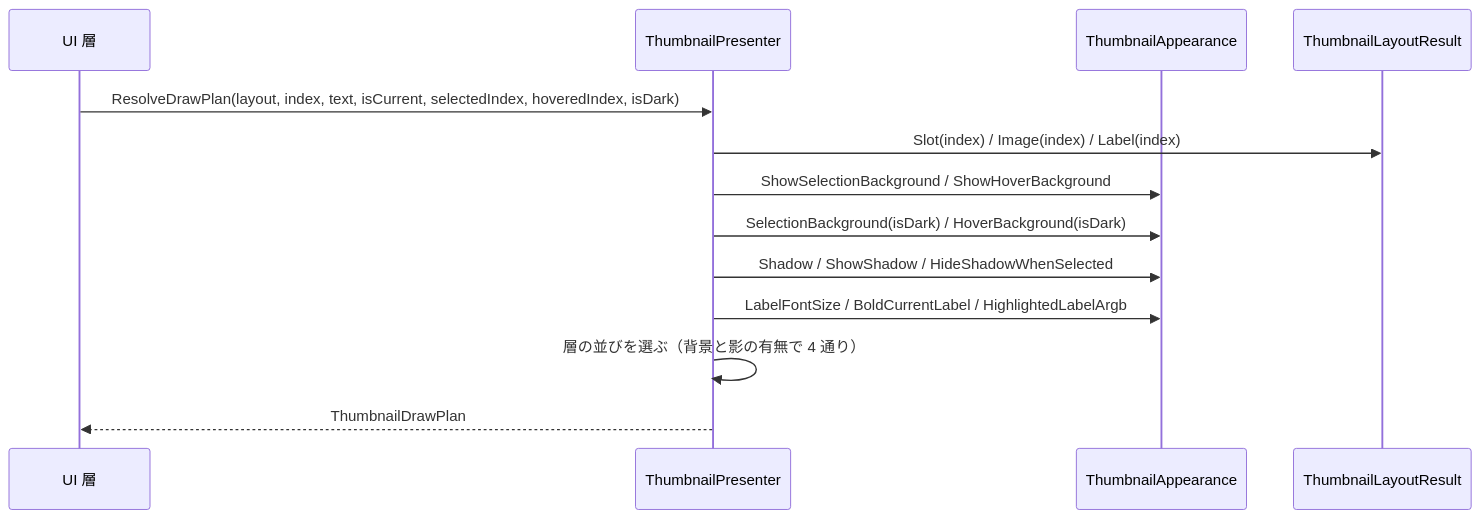
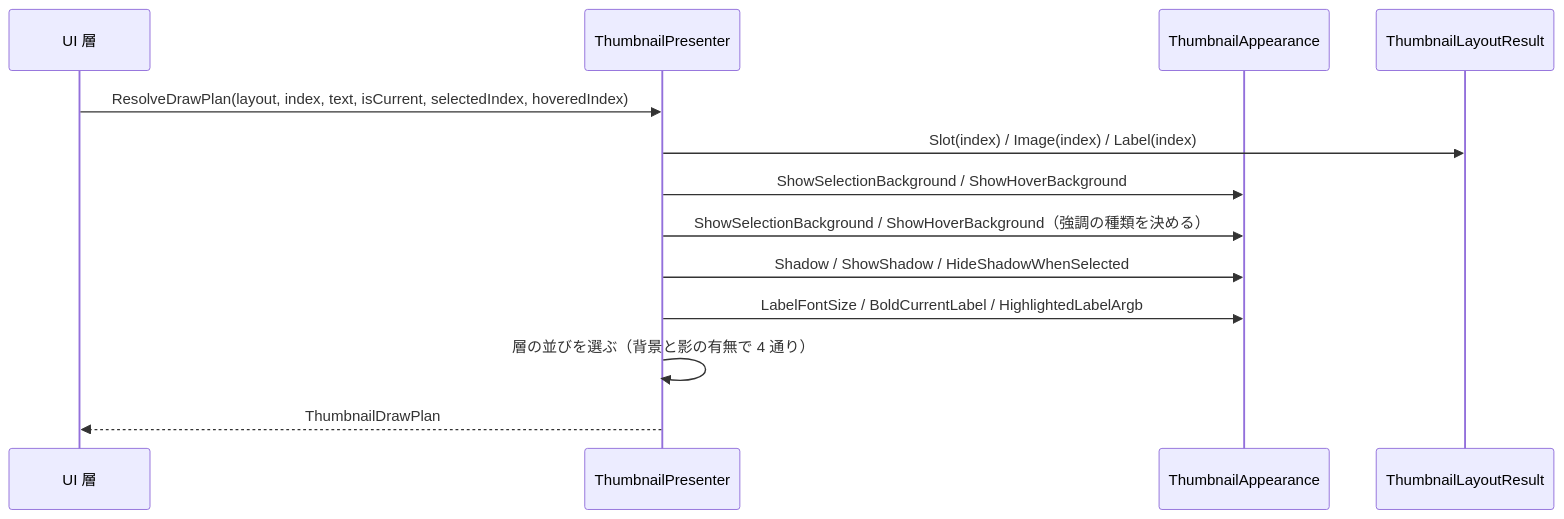
One commit to tomokuni/EsUtil changed the third of 4 diagrams in EsUtil/Feature.Thumbnail.Presenter/docs/SPEC_System.md. Above: the diagram before and after it, drawn with Mermaid. The commit also changed other lines of this file and 92 other files, not shown here.

````diff
--- a/EsUtil/Feature.Thumbnail.Presenter/docs/SPEC_System.md
+++ b/EsUtil/Feature.Thumbnail.Presenter/docs/SPEC_System.md
@@ -165,16 +165,16 @@
 ```mermaid
 sequenceDiagram
     participant UI as UI 層
     participant Presenter as ThumbnailPresenter
     participant Appearance as ThumbnailAppearance
     participant Layout as ThumbnailLayoutResult
 
-    UI->>Presenter: ResolveDrawPlan(layout, index, text, isCurrent, selectedIndex, hoveredIndex, isDark)
+    UI->>Presenter: ResolveDrawPlan(layout, index, text, isCurrent, selectedIndex, hoveredIndex)
     Presenter->>Layout: Slot(index) / Image(index) / Label(index)
     Presenter->>Appearance: ShowSelectionBackground / ShowHoverBackground
-    Presenter->>Appearance: SelectionBackground(isDark) / HoverBackground(isDark)
+    Presenter->>Appearance: ShowSelectionBackground / ShowHoverBackground（強調の種類を決める）
     Presenter->>Appearance: Shadow / ShowShadow / HideShadowWhenSelected
     Presenter->>Appearance: LabelFontSize / BoldCurrentLabel / HighlightedLabelArgb
     Presenter->>Presenter: 層の並びを選ぶ（背景と影の有無で 4 通り）
     Presenter-->>UI: ThumbnailDrawPlan
 ```
````
